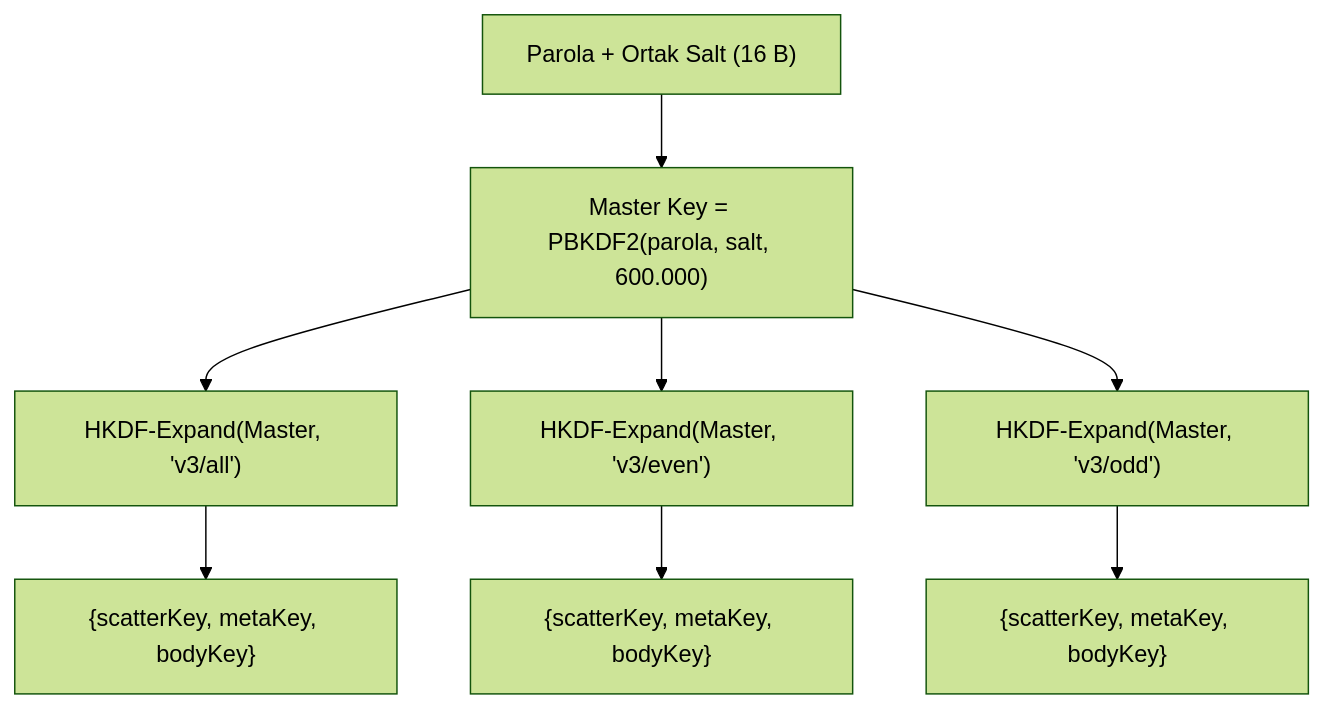
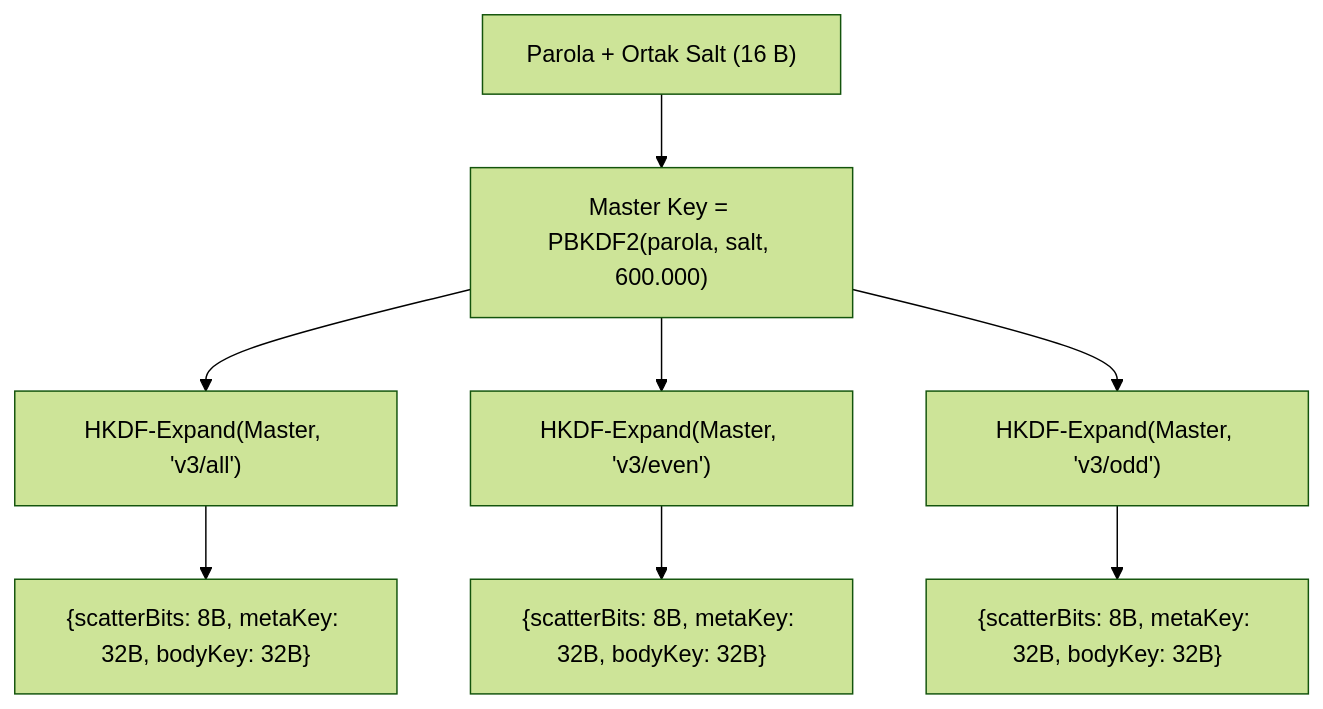
One commit to VelliDR/stegocrypt-pwa changed the diagram in docs/FORMAT.md. Above: the diagram before and after it, drawn with Mermaid (forest theme). The commit also changed other lines of this file and 14 other files, not shown here.

````diff
--- a/docs/FORMAT.md
+++ b/docs/FORMAT.md
@@ -61,10 +61,10 @@
 ```mermaid
 flowchart TD
     A["Parola + Ortak Salt (16 B)"] --> B["Master Key = PBKDF2(parola, salt, 600.000)"]
     B --> C["HKDF-Expand(Master, 'v3/all')"]
     B --> D["HKDF-Expand(Master, 'v3/even')"]
     B --> E["HKDF-Expand(Master, 'v3/odd')"]
-    C --> C1["{scatterKey, metaKey, bodyKey}"]
-    D --> D1["{scatterKey, metaKey, bodyKey}"]
-    E --> E1["{scatterKey, metaKey, bodyKey}"]
+    C --> C1["{scatterBits: 8B, metaKey: 32B, bodyKey: 32B}"]
+    D --> D1["{scatterBits: 8B, metaKey: 32B, bodyKey: 32B}"]
+    E --> E1["{scatterBits: 8B, metaKey: 32B, bodyKey: 32B}"]
 ```
````
